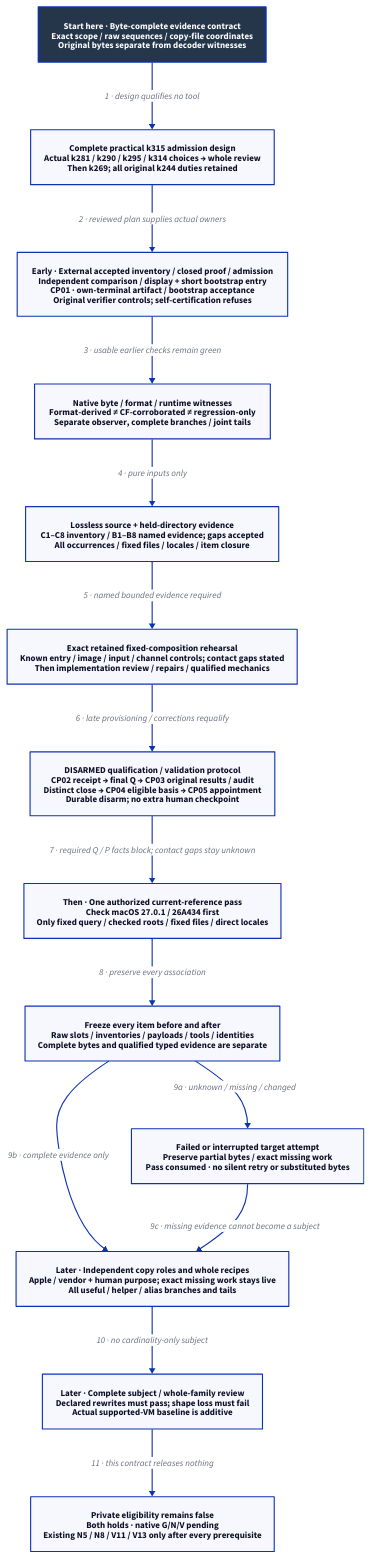
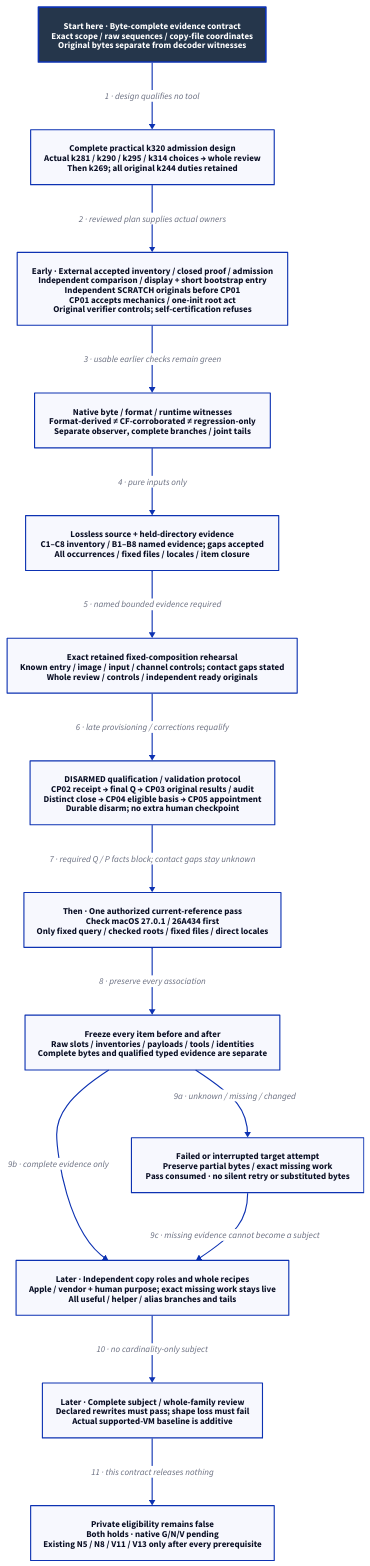
The diagram in docs/design/architecture/native-reference-evidence.d2 (Linkuistics/Koine), drawn with D2 before and after one commit. The commit also changed 49 other files, not shown here.

Commit message:
Repair coherent practical reference admission (reference-evidence-practical-admission-k320)

```diff
--- a/docs/design/architecture/native-reference-evidence.d2
+++ b/docs/design/architecture/native-reference-evidence.d2
@@ -1,31 +1,31 @@
 # Admission repair design; mandatory review and replanning precede unbuilt qualification.
 direction: down
 classes: {
   start: {style: {fill: "#25364B"; font-color: "#FFFFFF"; bold: true; stroke-width: 3}}
 }
 Start: "Start here · Byte-complete evidence contract\nExact scope / raw sequences / copy-file coordinates\nOriginal bytes separate from decoder witnesses" {class: start}
-Plan: "Complete practical k315 admission design\nActual k281 / k290 / k295 / k314 choices → whole review\nThen k269; all original k244 duties retained"
-Replay: "Early · External accepted inventory / closed proof / admission\nIndependent comparison / display + short bootstrap entry\nCP01 · own-terminal artifact / bootstrap acceptance\nOriginal verifier controls; self-certification refuses"
+Plan: "Complete practical k320 admission design\nActual k281 / k290 / k295 / k314 choices → whole review\nThen k269; all original k244 duties retained"
+Replay: "Early · External accepted inventory / closed proof / admission\nIndependent comparison / display + short bootstrap entry\nIndependent SCRATCH originals before CP01\nCP01 accepts mechanics / one-init root act\nOriginal verifier controls; self-certification refuses"
 Decode: "Native byte / format / runtime witnesses\nFormat-derived ≠ CF-corroborated ≠ regression-only\nSeparate observer, complete branches / joint tails"
 Source: "Lossless source + held-directory evidence\nC1–C8 inventory / B1–B8 named evidence; gaps accepted\nAll occurrences / fixed files / locales / item closure"
-Pure: "Exact retained fixed-composition rehearsal\nKnown entry / image / input / channel controls; contact gaps stated\nThen implementation review / repairs / qualified mechanics"
+Pure: "Exact retained fixed-composition rehearsal\nKnown entry / image / input / channel controls; contact gaps stated\nWhole review / controls / independent ready originals"
 Authority: "DISARMED qualification / validation protocol\nCP02 receipt → final Q → CP03 original results / audit\nDistinct close → CP04 eligible basis → CP05 appointment\nDurable disarm; no extra human checkpoint"
 Pass: "Then · One authorized current-reference pass\nCheck macOS 27.0.1 / 26A434 first\nOnly fixed query / checked roots / fixed files / direct locales"
 Closure: "Freeze every item before and after\nRaw slots / inventories / payloads / tools / identities\nComplete bytes and qualified typed evidence are separate"
 Failed: "Failed or interrupted target attempt\nPreserve partial bytes / exact missing work\nPass consumed · no silent retry or substituted bytes"
 Roles: "Later · Independent copy roles and whole recipes\nApple / vendor + human purpose; exact missing work stays live\nAll useful / helper / alias branches and tails"
 Review: "Later · Complete subject / whole-family review\nDeclared rewrites must pass; shape loss must fail\nActual supported-VM baseline is additive"
 Hold: "Private eligibility remains false\nBoth holds · native G/N/V pending\nExisting N5 / N8 / V11 / V13 only after every prerequisite"
 Start -> Plan: "1 · design qualifies no tool"
 Plan -> Replay: "2 · reviewed plan supplies actual owners"
 Replay -> Decode: "3 · usable earlier checks remain green"
 Decode -> Source: "4 · pure inputs only"
 Source -> Pure: "5 · named bounded evidence required"
 Pure -> Authority: "6 · late provisioning / corrections requalify"
 Authority -> Pass: "7 · required Q / P facts block; contact gaps stay unknown"
 Pass -> Closure: "8 · preserve every association"
 Closure -> Failed: "9a · unknown / missing / changed"
 Closure -> Roles: "9b · complete evidence only"
 Failed -> Roles: "9c · missing evidence cannot become a subject"
 Roles -> Review: "10 · no cardinality-only subject"
 Review -> Hold: "11 · this contract releases nothing"
```
